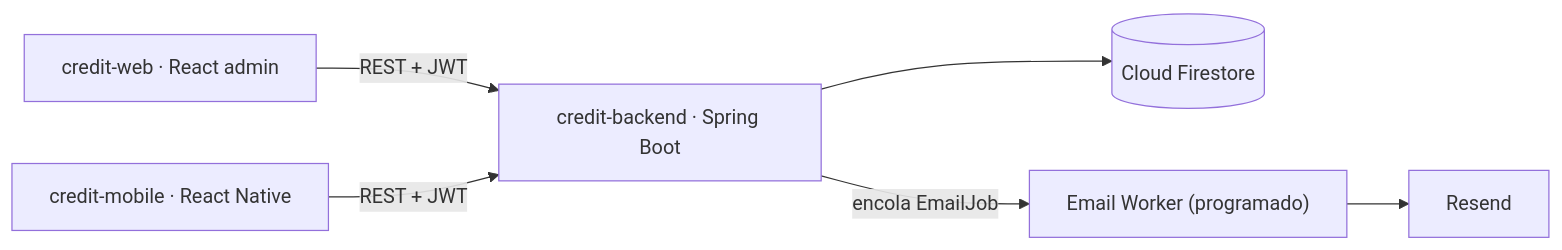
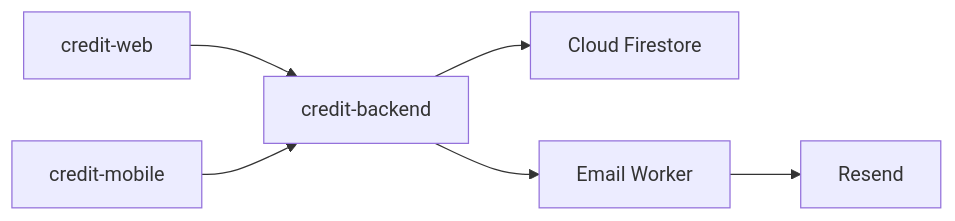
The first of 3 diagrams in README.md (CarlosPolo019/credit-backend), drawn with Mermaid before and after one commit. The commit also changed other lines of this file, not shown here.

Commit message:
docs: simplify mermaid diagrams

````diff
--- a/README.md
+++ b/README.md
@@ -54,8 +54,8 @@
 ```mermaid
 flowchart LR
-  web["credit-web · React admin"] -->|REST + JWT| api["credit-backend · Spring Boot"]
-  mobile["credit-mobile · React Native"] -->|REST + JWT| api
-  api --> firestore[("Cloud Firestore")]
-  api -->|encola EmailJob| worker["Email Worker (programado)"]
-  worker --> resend["Resend"]
+  WEB[credit-web] --> API[credit-backend]
+  MOBILE[credit-mobile] --> API
+  API --> DB[Cloud Firestore]
+  API --> WORKER[Email Worker]
+  WORKER --> RESEND[Resend]
 ```
````
